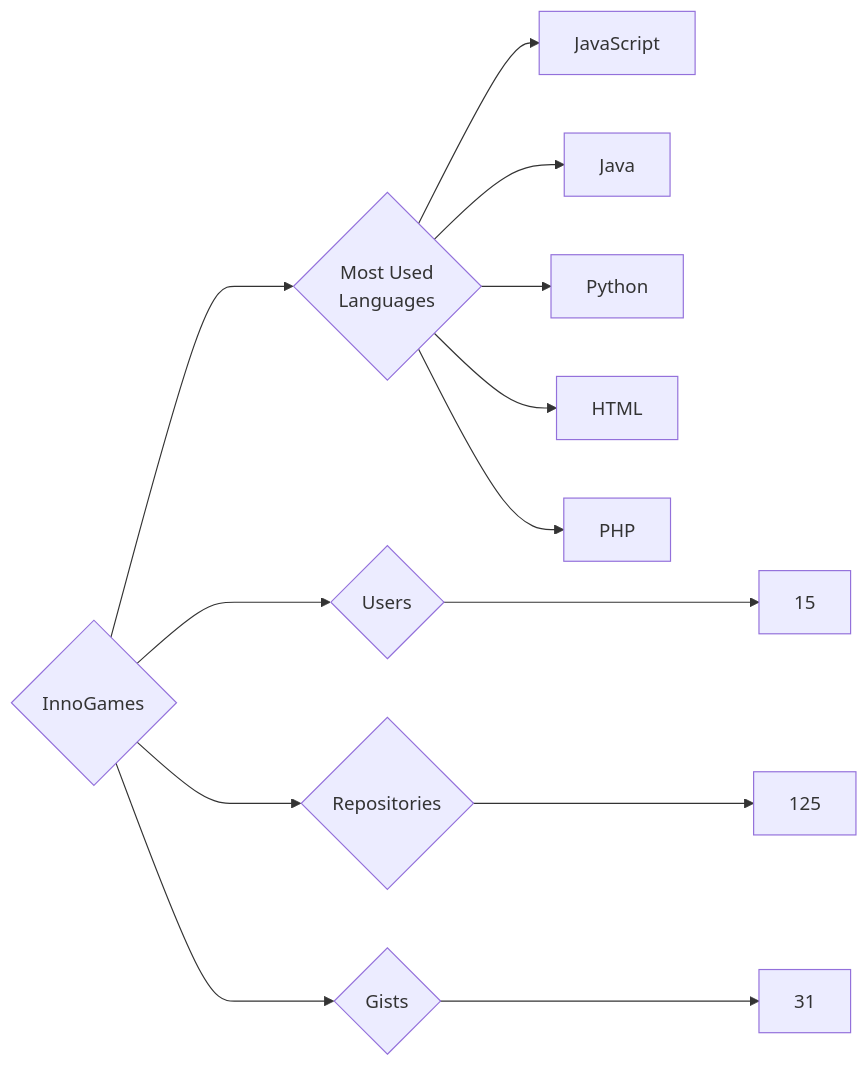
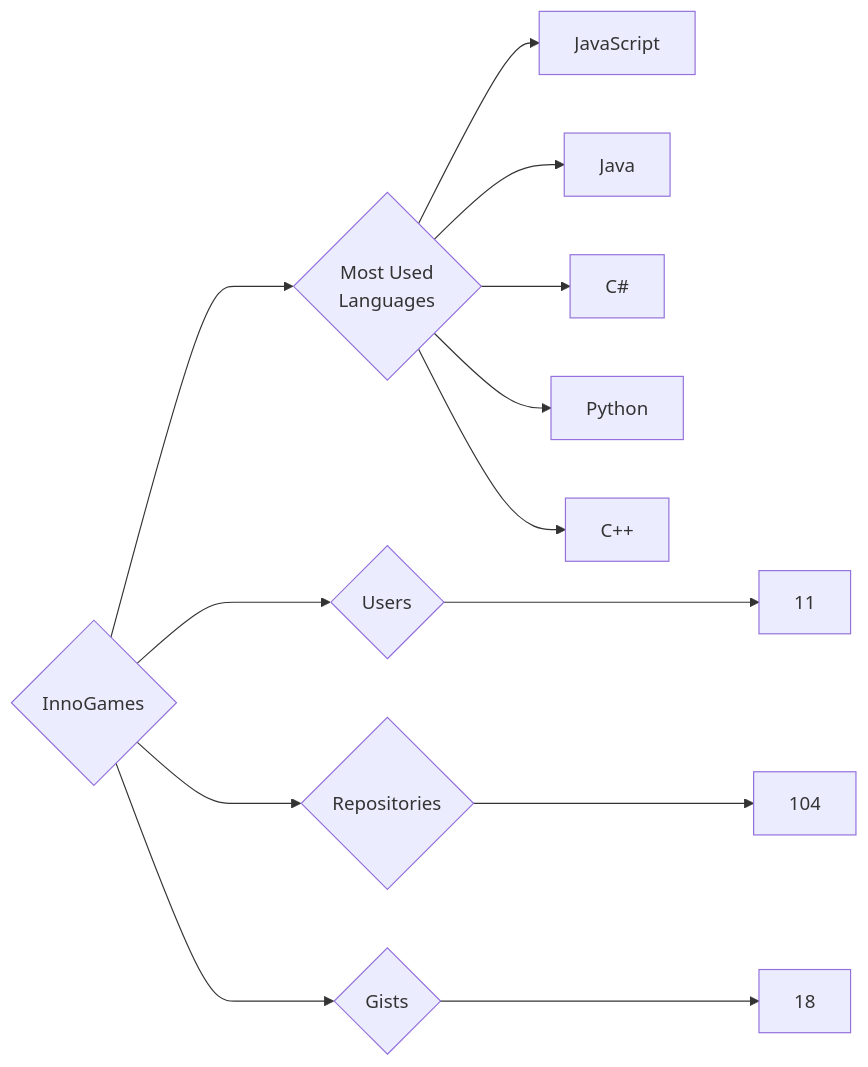
Before and after one commit to trickest/insiders: the diagram in targets/InnoGames/README.md, drawn with Mermaid. The commit also changed 594 other files, not shown here.

````diff
--- a/targets/InnoGames/README.md
+++ b/targets/InnoGames/README.md
@@ -3,13 +3,13 @@
 ```mermaid
 graph LR
 COMPANY_NAME{InnoGames}
-COMPANY_NAME ---> U{Users} ---> UN[15]
-COMPANY_NAME ---> R{Repositories} ---> RN[125]
-COMPANY_NAME ---> G{Gists} ---> GN[31]
+COMPANY_NAME ---> U{Users} ---> UN[11]
+COMPANY_NAME ---> R{Repositories} ---> RN[104]
+COMPANY_NAME ---> G{Gists} ---> GN[18]
 COMPANY_NAME ---> ML{Most Used<br>Languages}
 ML --> JavaScript[JavaScript]
 ML --> Java[Java]
+ML --> C#[C#]
 ML --> Python[Python]
-ML --> HTML[HTML]
-ML --> PHP[PHP]
+ML --> C++[C++]
 ```
````
